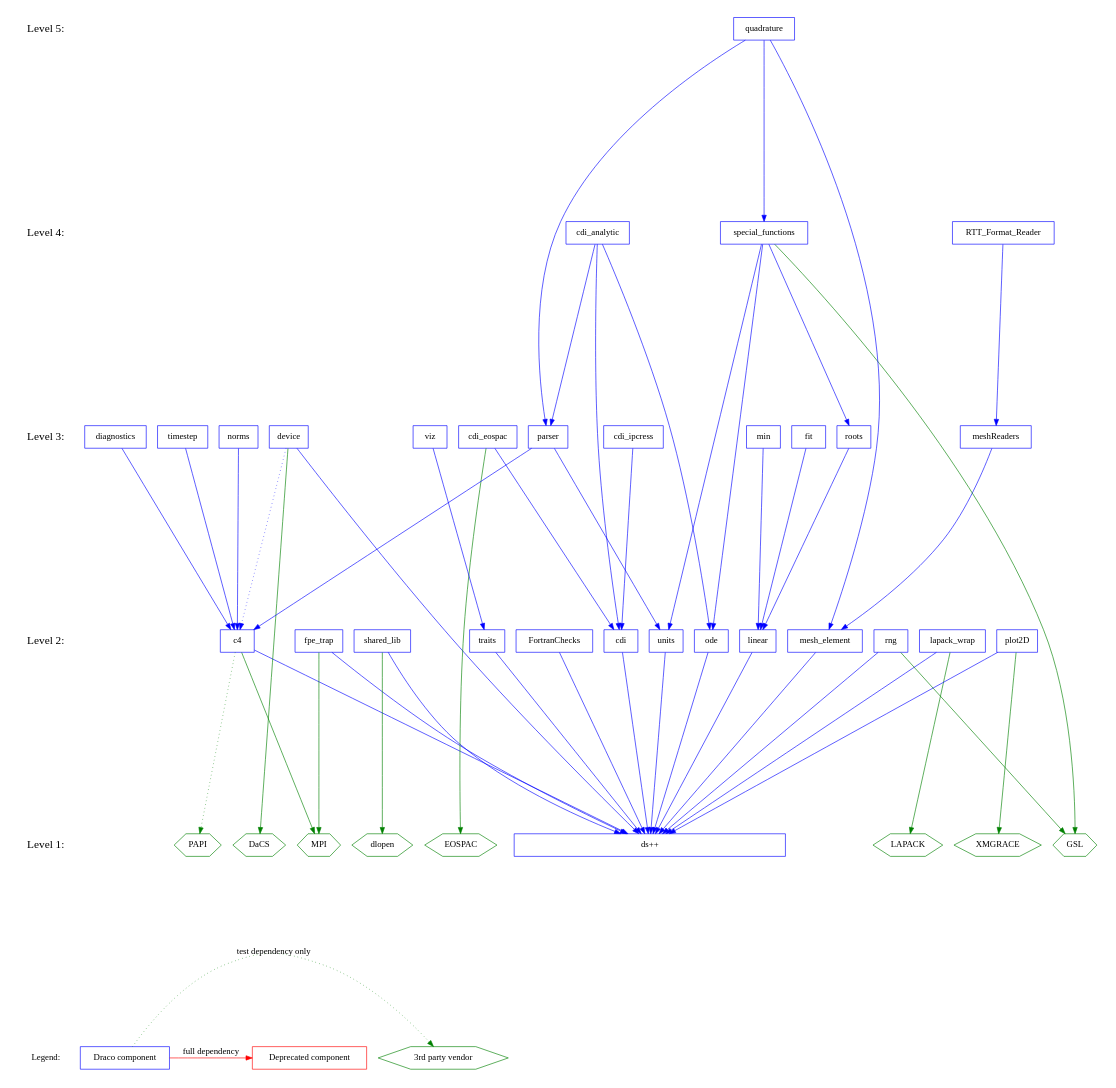
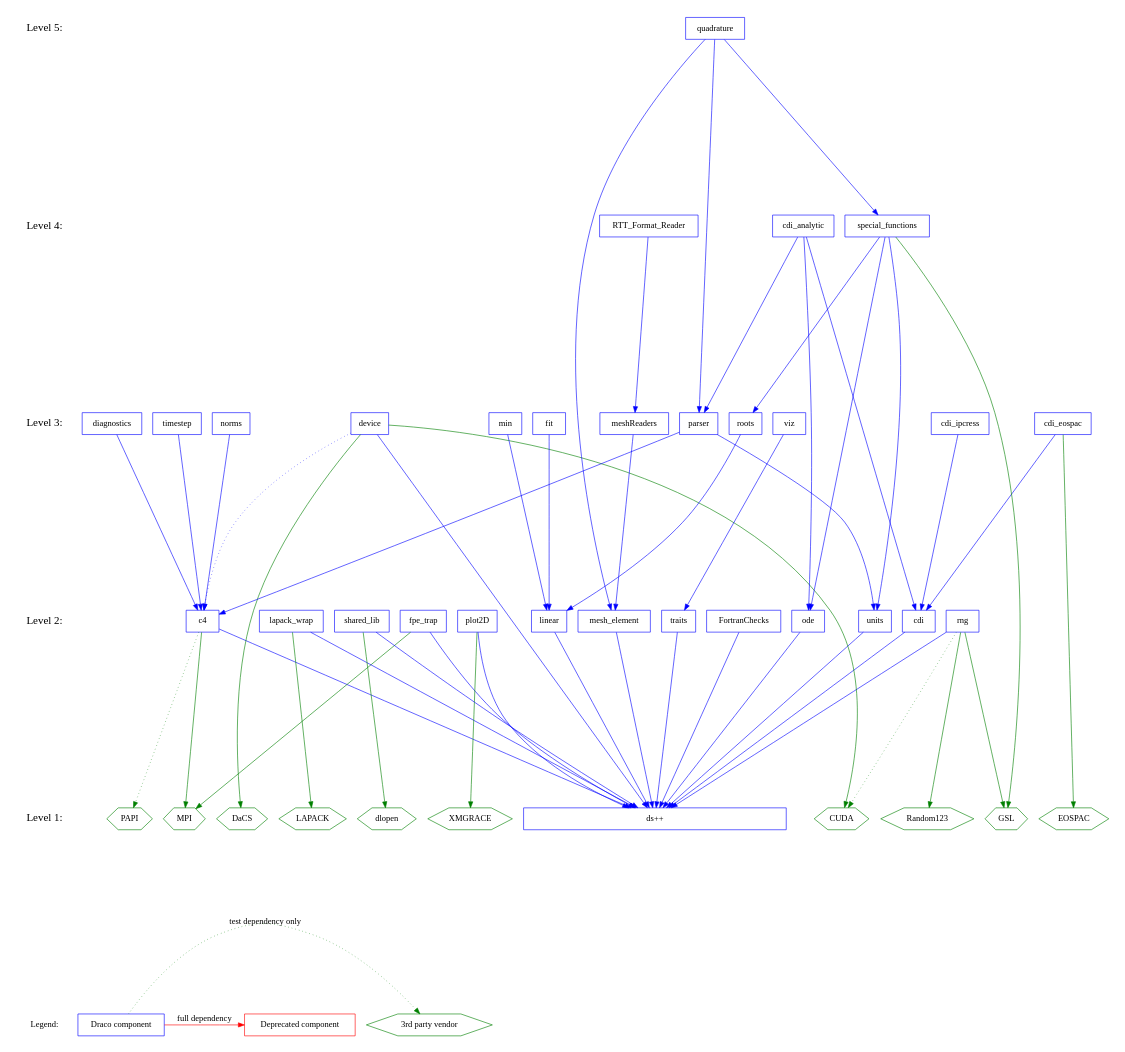
One commit to warsa/Draco changed the diagram in doc/design/level.dot. Above: the diagram before and after it, drawn with Graphviz.

Commit message:
+ Add CUDA and Random123 as Draco vendors.

```diff
--- a/doc/design/level.dot
+++ b/doc/design/level.dot
@@ -1,142 +1,145 @@
 digraph draco_level {
     /* graph attributes */
     center=1;
     size="7.5,10";
     ranksep=4;
     
     /* levels */
     legend [shape=plaintext, label="Legend:", fontsize=14];
     level1 [shape=plaintext, label="Level 1:", fontsize=18];
     level2 [shape=plaintext, label="Level 2:", fontsize=18];
     level3 [shape=plaintext, label="Level 3:", fontsize=18];
     level4 [shape=plaintext, label="Level 4:", fontsize=18];
     level5 [shape=plaintext, label="Level 5:", fontsize=18]; 
 /*    level6 [shape=plaintext, label="Level 6:", fontsize=18]; */
     
     /* level6 -> */
     level5 -> 
     level4 -> level3 -> level2 -> level1 -> legend [style=invis];
     
     /* packages */
 
     /* legend */
     leg_vendor [shape=box, label="3rd party vendor", color=green, shape=hexagon];
     leg_draco  [shape=box, label="Draco component",  color=blue,  shape=box ];
     leg_depre  [shape=box, label="Deprecated component", color=red,  shape=box ];
 
     /* level 1 */
     vdlopen    [shape=hexagon, color=green, label="dlopen"];
     veospac    [shape=hexagon, color=green, label="EOSPAC"];
     vgrace     [shape=hexagon, color=green, label="XMGRACE"];
     vlapack    [shape=hexagon, color=green, label="LAPACK"];
     vmpi       [shape=hexagon, color=green, label="MPI"];
     vdacs      [shape=hexagon, color=green, label="DaCS"];
+    vcuda      [shape=hexagon, color=green, label="CUDA"];
     vpapi      [shape=hexagon, color=green, label="PAPI"];
+    vran123    [shape=hexagon, color=green, label="Random123"];
         
     dsxx [shape=box, color=blue, label="ds++", width=6];
     
     /* level 2 */
     vgsl       [shape=hexagon, color=green, label="GSL"];
 
     c4         [shape=box, color=blue, label="c4"];
     cdi        [shape=box, color=blue, label="cdi"];
     fpetrap    [shape=box, color=blue, label="fpe_trap"];
     fc         [shape=box, color=blue, label="FortranChecks"];
     lapack     [shape=box, color=blue, label="lapack_wrap"];
     linear     [shape=box, color=blue, label="linear"];
     meshelement [shape=box, color=blue, label="mesh_element"];
     ode        [shape=box, color=blue, label="ode"];
     plot       [shape=box, color=blue, label="plot2D"];
     rng        [shape=box, color=blue, label="rng"];
     shlib      [shape=box, color=blue, label="shared_lib"];
     traits     [shape=box, color=blue, label="traits"];
     units      [shape=box, color=blue, label="units"];
         
     /* level 3 */
     device    [shape=box, color=blue, label="device"];
     cdieos    [shape=box, color=blue, label="cdi_eospac"];
     cdiip     [shape=box, color=blue, label="cdi_ipcress"];
     diagnostics [shape=box, color=blue, label="diagnostics"];
     fit       [shape=box, color=blue, label="fit"];
     meshread  [shape=box, color=blue, label="meshReaders"];
     min       [shape=box, color=blue, label="min"];
     norms     [shape=box, color=blue, label="norms"];
     parser    [shape=box, color=blue, label="parser"];
     roots     [shape=box, color=blue, label="roots"];
     timestep  [shape=box, color=blue, label="timestep"];
     viz       [shape=box, color=blue, label="viz"];
     
     /* level 4 */
     sf        [shape=box, color=blue, label="special_functions"];
     cdianal   [shape=box, color=blue, label="cdi_analytic"];
     rttread   [shape=box, color=blue, label="RTT_Format_Reader"];
 
     /* level 5 */
     quad      [shape=box, color=blue, label="quadrature"];
 
     
     /* dependencies */
     {rank=same; legend leg_vendor leg_draco leg_depre};
     {rank=same; level1 dsxx vlapack vmpi veospac vgrace vdlopen vgsl vdacs vpapi};
     {rank=same; level2 shlib plot lapack traits c4 fpetrap units cdi ode linear};
     {rank=same; level3 viz timestep cdieos meshread parser};
     {rank=same; level4 rttread sf};
 
 
     leg_draco -> {leg_vendor} [color=green, style=dotted, label="test dependency only"];
     leg_draco -> {leg_depre} [color=red, label="full dependency"];
     
     /* draco packages */
 
     /* NOTE:  hidden dependencies are in comments at the end of each line.
      * For example if a package depends on c4 it implicitly depends on dsxx
      * as well.  The dependency on dsxx is not shown explicitly on the
      * graph. 
     
     /* level 2 */
     c4          -> {dsxx}        [color=blue];
     c4          -> {vmpi}        [color=green];
     c4          -> {vpapi}       [color=green, style=dotted];
     cdi         -> {dsxx}        [color=blue];
     fc          -> {dsxx}        [color=blue];
     fpetrap     -> {dsxx}        [color=blue];
     fpetrap     -> {vmpi}        [color=green];
     lapack      -> {dsxx}        [color=blue];
     lapack      -> {vlapack}     [color=green];
     linear      -> {dsxx}        [color=blue];
     meshelement -> {dsxx}        [color=blue];
     ode         -> {dsxx}        [color=blue];
     plot        -> {dsxx}        [color=blue];
     plot        -> {vgrace}      [color=green];
     rng         -> {dsxx}        [color=blue];
-    rng         -> {vgsl}        [color=green];
+    rng         -> {vgsl vran123}  [color=green];
+    rng         -> {vcuda}       [color=green, style=dotted];
     shlib       -> {dsxx}        [color=blue];
     shlib       -> {vdlopen}     [color=green];
     traits      -> {dsxx}        [color=blue];
     units       -> {dsxx}        [color=blue];
     
     /* level 3 */
     device      -> {dsxx}        [color=blue];
     device      -> {c4}          [color=blue, style=dotted];
-    device      -> {vdacs}       [color=green];
+    device      -> {vdacs vcuda} [color=green];
     cdieos      -> {cdi}         [color=blue];
     cdieos      -> {veospac}     [color=green]; 
     cdiip       -> {cdi}         [color=blue];
     diagnostics -> {c4}          [color=blue];
     fit         -> {linear}      [color=blue];
     meshread    -> {meshelement} [color=blue];
     min         -> {linear}      [color=blue];
     norms       -> {c4}          [color=blue];
     parser      -> {c4 units}    [color=blue];
     roots       -> {linear}      [color=blue];
     sf          -> {units ode roots} [color=blue];
     sf          -> {vgsl}        [color=green];
     timestep    -> {c4}          [color=blue];
     viz         -> {traits}      [color=blue];
 
     /* level 4 */
     cdianal     -> {parser cdi ode}        [color=blue];
     quad        -> {sf meshelement parser} [color=blue];
     rttread     -> {meshread}              [color=blue];
 
 }
```
